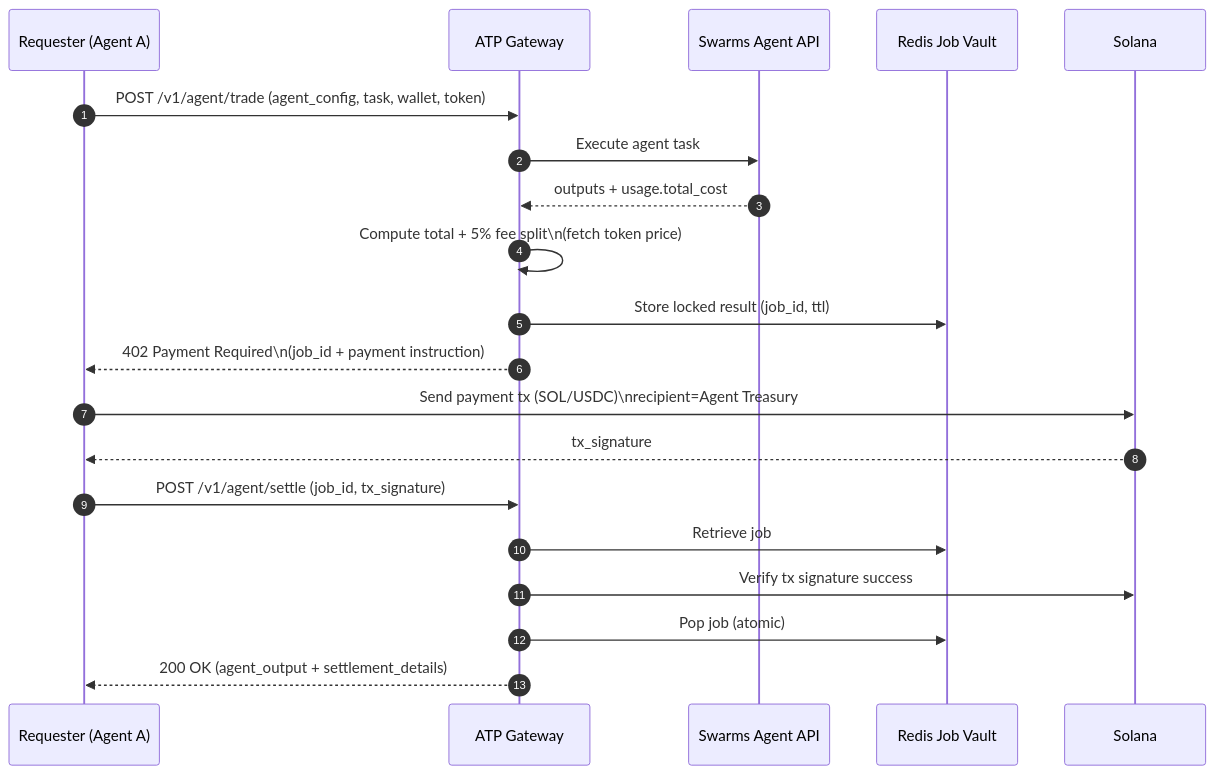
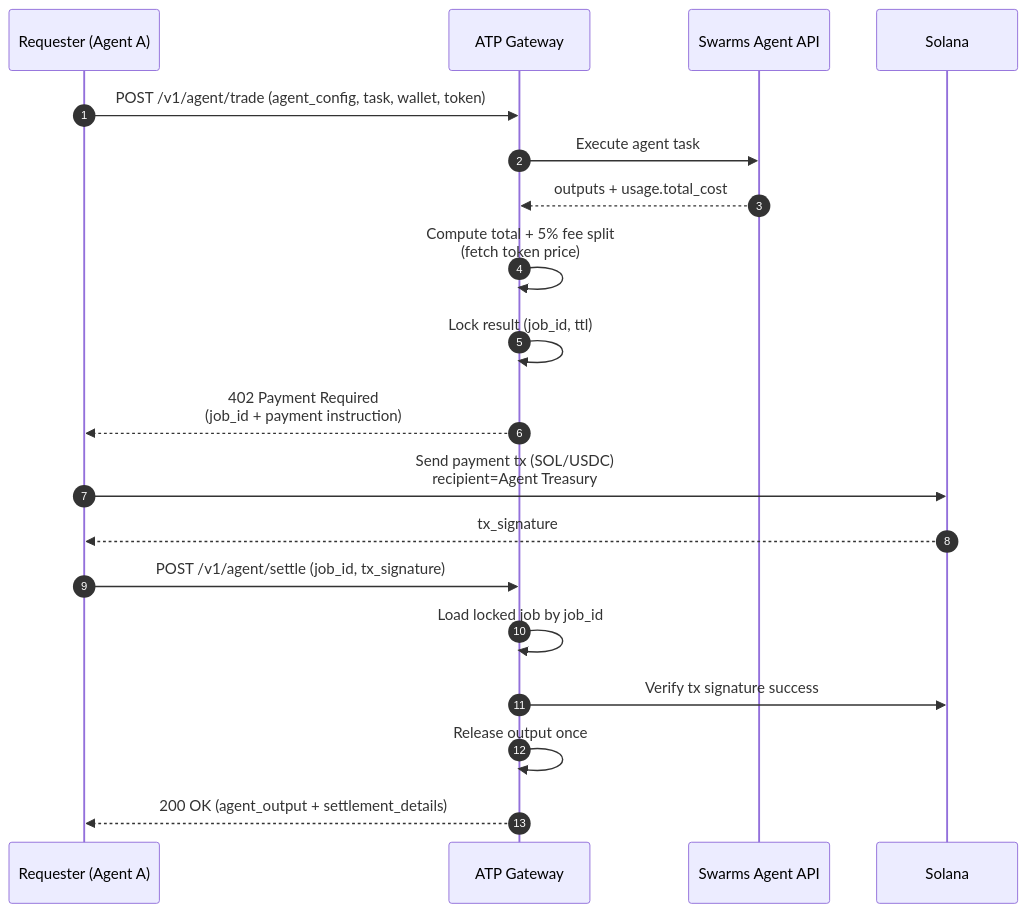
Before and after one commit to The-Swarm-Corporation/ATP-Protocol: the second of 3 diagrams in README.md, drawn with Mermaid. The commit also changed other lines of this file, not shown here.

````diff
--- a/README.md
+++ b/README.md
@@ -144,25 +150,24 @@
 ```mermaid
 sequenceDiagram
   autonumber
   participant A as Requester (Agent A)
   participant G as ATP Gateway
   participant S as Swarms Agent API
-  participant R as Redis Job Vault
   participant C as Solana
 
   A->>G: POST /v1/agent/trade (agent_config, task, wallet, token)
   G->>S: Execute agent task
   S-->>G: outputs + usage.total_cost
-  G->>G: Compute total + 5% fee split\n(fetch token price)
-  G->>R: Store locked result (job_id, ttl)
-  G-->>A: 402 Payment Required\n(job_id + payment instruction)
+  G->>G: Compute total + 5% fee split<br/>(fetch token price)
+  G->>G: Lock result (job_id, ttl)
+  G-->>A: 402 Payment Required<br/>(job_id + payment instruction)
 
-  A->>C: Send payment tx (SOL/USDC)\nrecipient=Agent Treasury
+  A->>C: Send payment tx (SOL/USDC)<br/>recipient=Agent Treasury
   C-->>A: tx_signature
 
   A->>G: POST /v1/agent/settle (job_id, tx_signature)
-  G->>R: Retrieve job
+  G->>G: Load locked job by job_id
   G->>C: Verify tx signature success
-  G->>R: Pop job (atomic)
+  G->>G: Release output once
   G-->>A: 200 OK (agent_output + settlement_details)
 ```
````
